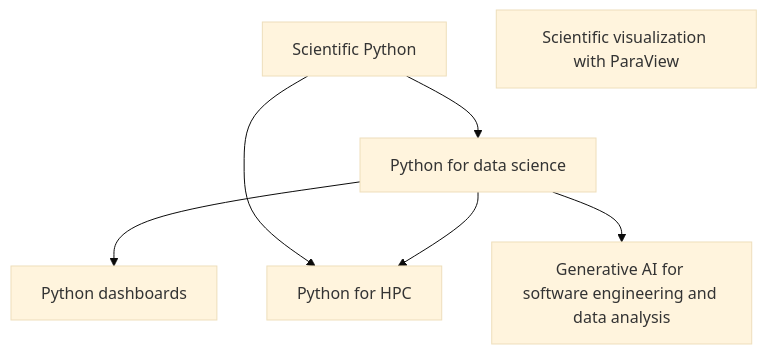
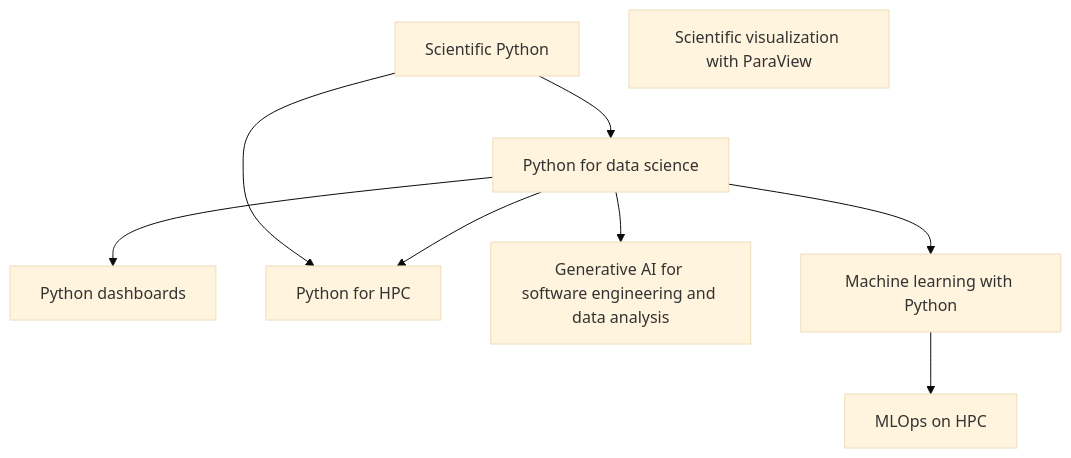
Before and after one commit to gjbex/Training-sessions: the diagram in docs/data_analysis_and_visualization.md, drawn with Mermaid (base theme). The commit also changed 4 other files, not shown here.

First line of the commit message:
Add new training sessions

````diff
--- a/docs/data_analysis_and_visualization.md
+++ b/docs/data_analysis_and_visualization.md
@@ -6,15 +6,19 @@
 ```mermaid
 graph TD
   Scientific_python[Scientific Python] --> Python_for_data_science[Python for data science]
   Python_for_data_science --> Python_dashboards[Python dashboards]
   Scientific_python --> Python_for_HPC[Python for HPC]
   Python_for_data_science --> Python_for_HPC
   Python_for_data_science --> Generative_ai_for_software_engineering_and_data_analysis[Generative AI for software engineering and data analysis]
+  Python_for_data_science --> Machine_learning_with_Python[Machine learning with Python]
+  Machine_learning_with_Python --> MLOps_on_HPC[MLOps on HPC]
   Scientific_visualization_with_ParaView[Scientific visualization with ParaView]
   click Scientific_python "https://gjbex.github.io/Scientific-Python/" "Scientific Python"
   click Generative_ai_for_software_engineering_and_data_analysis "https://gjbex.github.io/Training-sessions/generative_ai_for_software_engineering_and_data_analysis" "Generative AI for software engineering and data analysis"
+  click Machine_learning_with_Python "https://gjbex.github.io/Training-sessions/machine_learning_with_python" "Machine learning with Python"
+  click MLOps_on_HPC "https://gjbex.github.io/Training-sessions/mlops_on_hpc" "MLOps on HPC"
   click Scientific_visualization_with_ParaView "https://gjbex.github.io/Training-sessions/scientific_visualization_with_paraview" "Scientific visualization with ParaView"
   click Python_dashboards "https://gjbex.github.io/Python-dashboards/" "Python dashboards"
   click Python_for_HPC "https://gjbex.github.io/Python-for-HPC/" "Python for HPC"
   click Python_for_data_science "https://gjbex.github.io/Python-for-data-science/" "Python for data science"
 ```
````
